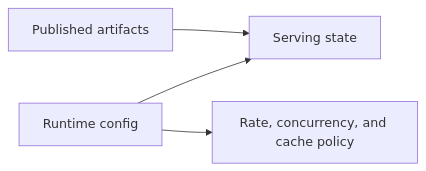
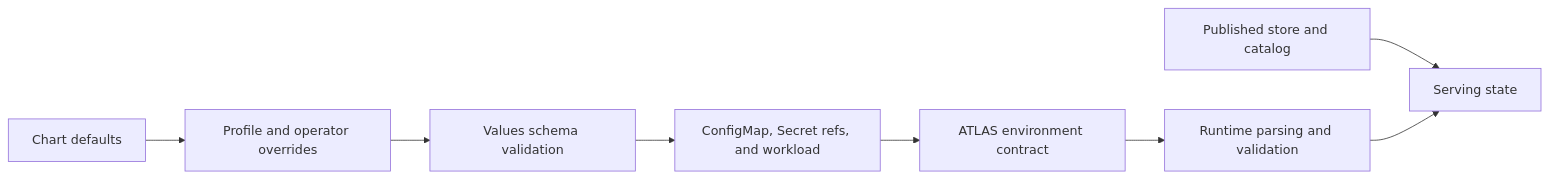
The diagram in docs/bijux-atlas-ops/kubernetes/runtime-configuration.md (bijux/bijux-atlas), drawn with Mermaid before and after one commit. The commit also changed other lines of this file and 2 other files, not shown here.

````diff
--- a/docs/bijux-atlas-ops/kubernetes/runtime-configuration.md
+++ b/docs/bijux-atlas-ops/kubernetes/runtime-configuration.md
@@ -21,6 +16,10 @@
 ```mermaid
 flowchart LR
-    Artifacts[Published artifacts] --> Serve[Serving state]
-    RuntimeConfig[Runtime config] --> Serve
-    RuntimeConfig --> Limits[Rate, concurrency, and cache policy]
+    Defaults[Chart defaults] --> Merge[Profile and operator overrides]
+    Merge --> Schema[Values schema validation]
+    Schema --> Render[ConfigMap, Secret refs, and workload]
+    Render --> Env[ATLAS environment contract]
+    Env --> Startup[Runtime parsing and validation]
+    Artifacts[Published store and catalog] --> Serve[Serving state]
+    Startup --> Serve
 ```
````
